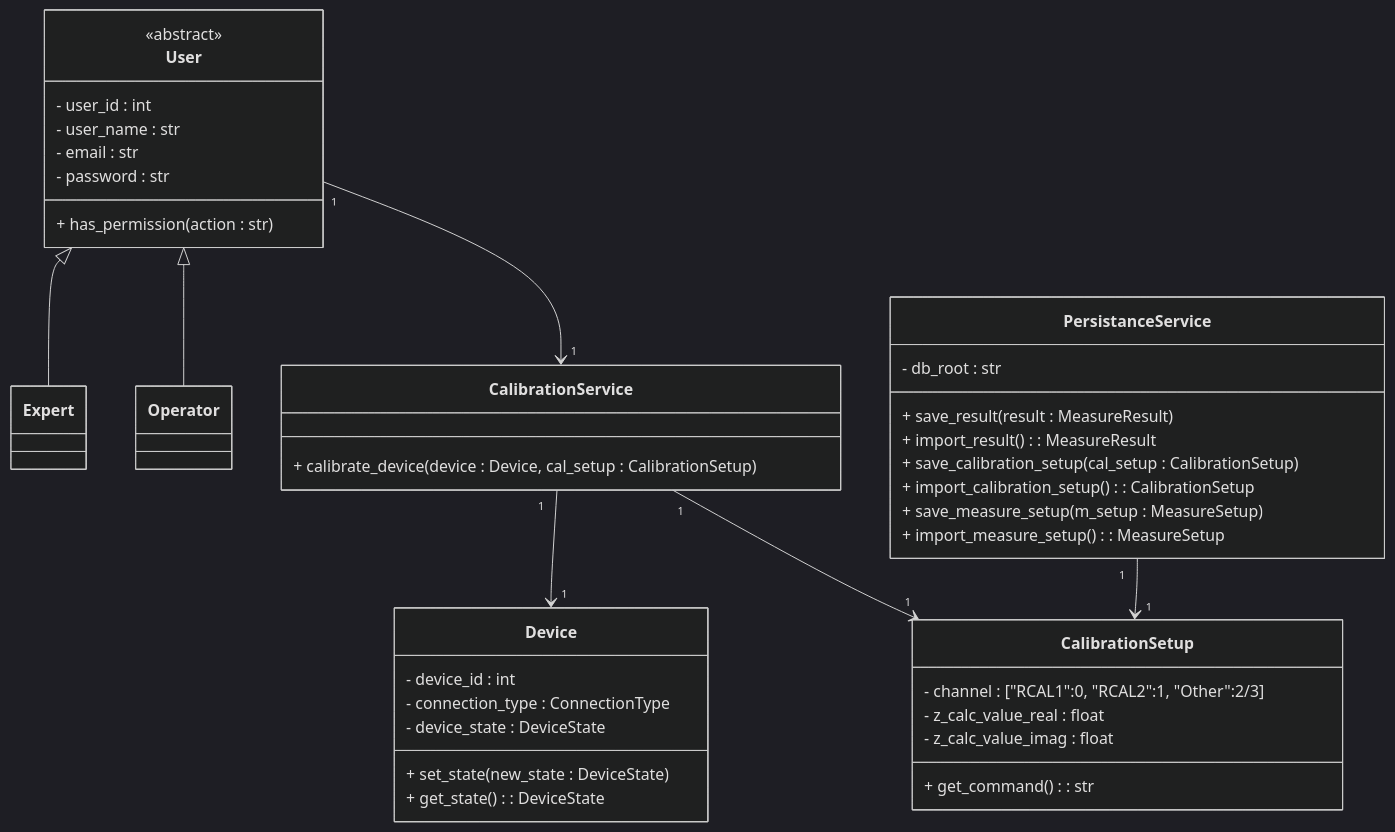
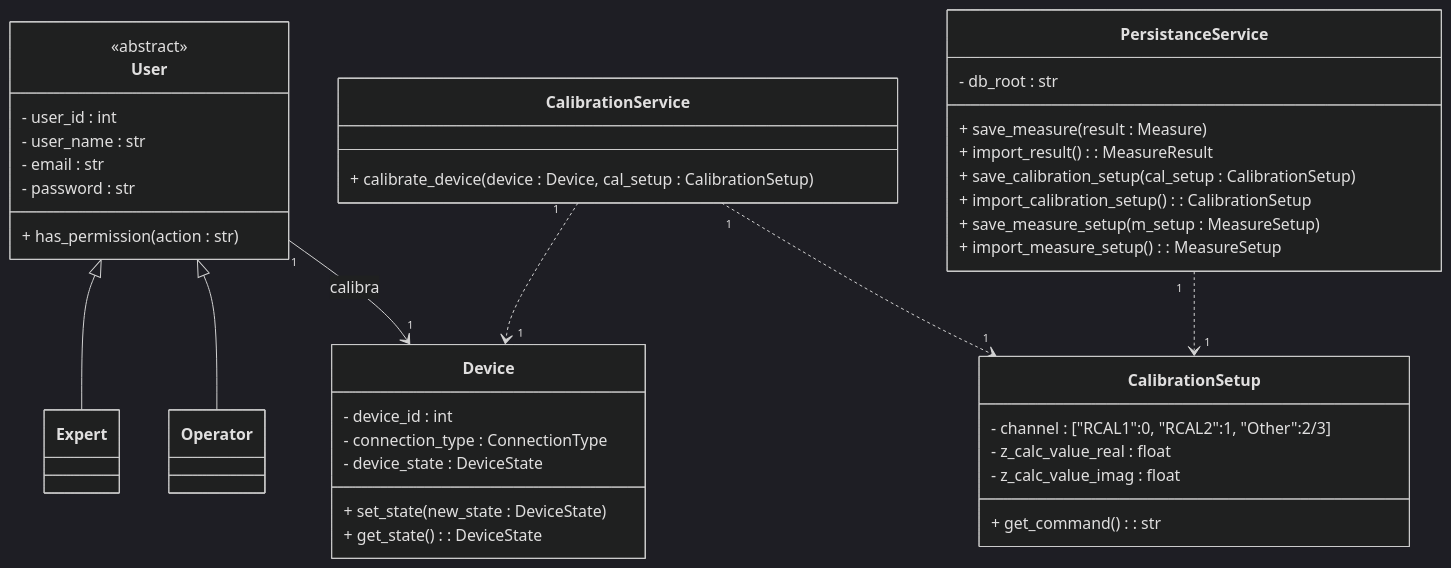
The third of 6 diagrams in Gmini-MarkDown/Clases Conceptuales.md (alegrelias/Repo-GMini), drawn with Mermaid (dark theme) before and after one commit. The commit also changed other lines of this file, not shown here.

Commit message:
Se define diagrama de clases para subsistema 3 y 5

````diff
--- a/Gmini-MarkDown/Clases Conceptuales.md
+++ b/Gmini-MarkDown/Clases Conceptuales.md
@@ -334,61 +334,61 @@
 ```mermaid
 classDiagram
 
 %% jerarquias
 User <|-- Expert
 User <|-- Operator
 
 %% clases
 class User {
         <<abstract>>
         - user_id : int
         - user_name : str
         - email : str
         - password : str
         + has_permission(action : str)
     }
     
 class Operator{
 
 }
 class Expert{
 
 }
 
 class CalibrationSetup{
 	- channel : ["RCAL1":0, "RCAL2":1, "Other":2/3]
 	- z_calc_value_real : float
 	- z_calc_value_imag : float
 	+ get_command() : str
 }
 
 class Device{
 	- device_id : int
 	- connection_type : ConnectionType
 	- device_state : DeviceState
 	+ set_state(new_state : DeviceState)
 	+ get_state() : DeviceState
 }
 
 class CalibrationService{
 	+ calibrate_device(device : Device, cal_setup : CalibrationSetup)
 }
 
 class PersistanceService{
 	- db_root : str
-	+ save_result(result : MeasureResult)
+	+ save_measure(result : Measure)
 	+ import_result() : MeasureResult
 	+ save_calibration_setup(cal_setup : CalibrationSetup)
 	+ import_calibration_setup() : CalibrationSetup
 	+ save_measure_setup(m_setup : MeasureSetup)
 	+ import_measure_setup() : MeasureSetup
 }
 
 %% relaciones
-User "1"-->"1" CalibrationService
+User "1"-->"1" Device : calibra
 
-PersistanceService "1"-->"1" CalibrationSetup
+PersistanceService "1"..>"1" CalibrationSetup
 
-CalibrationService "1"-->"1" Device
-CalibrationService "1"-->"1" CalibrationSetup
+CalibrationService "1"..>"1" Device
+CalibrationService "1"..>"1" CalibrationSetup
 ```
````
